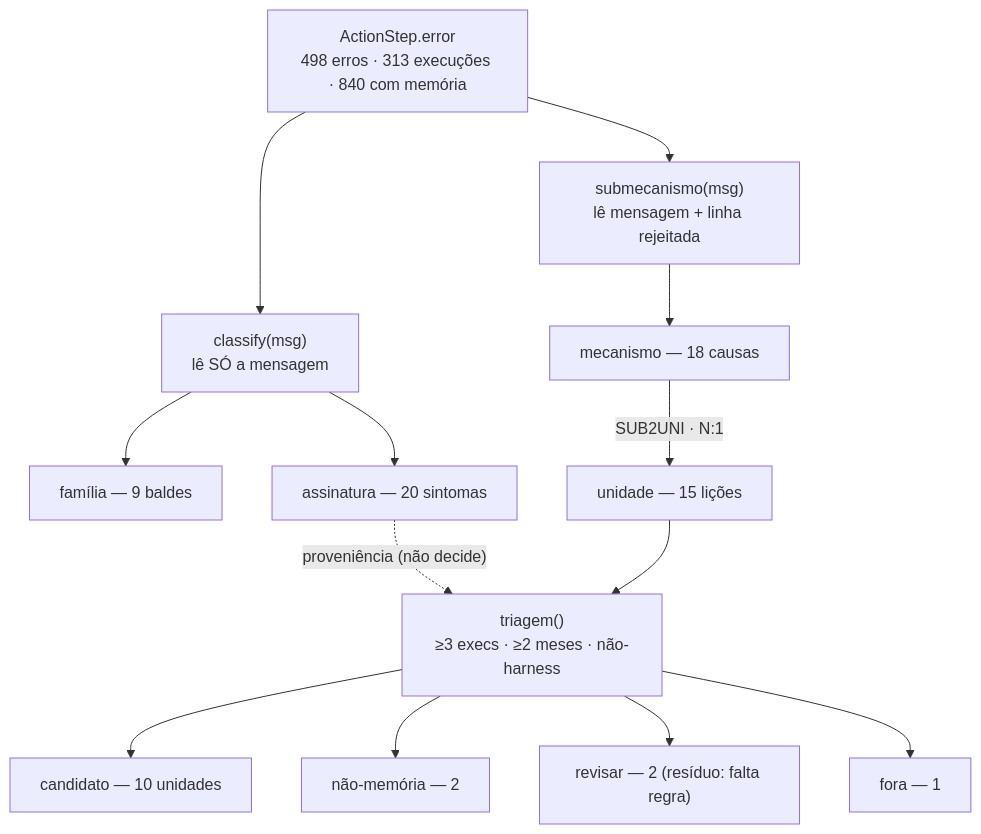
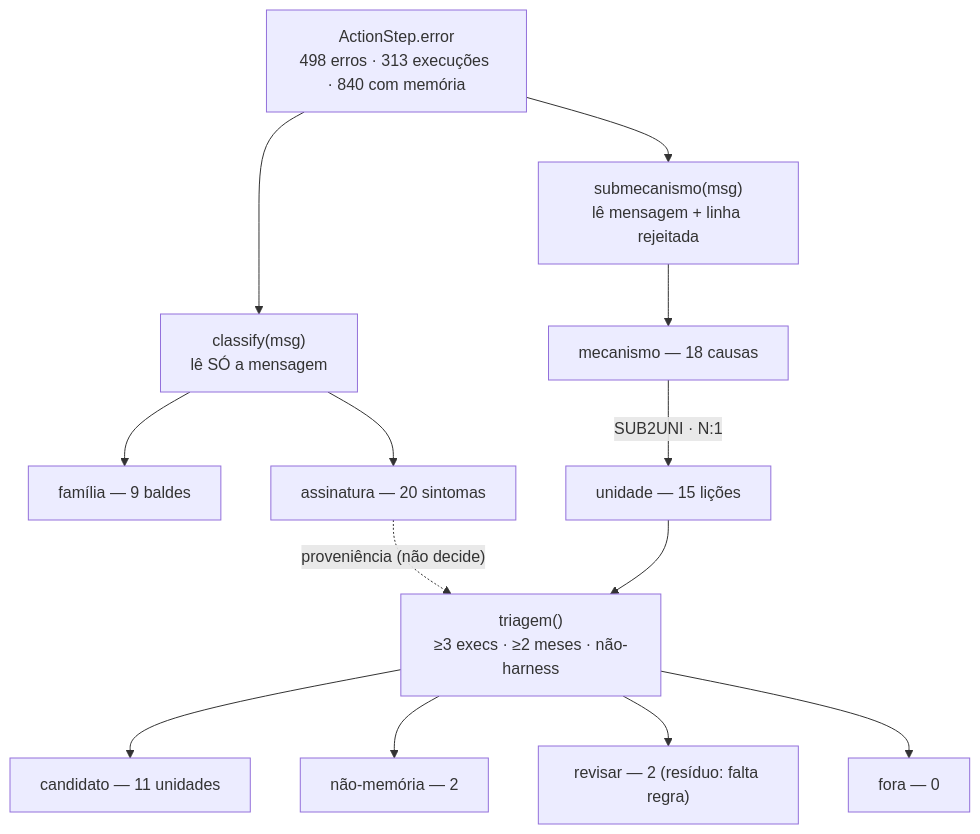
Before and after one commit to rc-ventura/memory_layer_ai_agents: the first of 2 diagrams in analysis/2026-09-trace-law-flow/docs/09-metodologia-erro-a-memoria.md, drawn with Mermaid. The commit also changed other lines of this file and 14 other files, not shown here.

````diff
--- a/analysis/2026-09-trace-law-flow/docs/09-metodologia-erro-a-memoria.md
+++ b/analysis/2026-09-trace-law-flow/docs/09-metodologia-erro-a-memoria.md
@@ -37,15 +37,15 @@
 ```mermaid
 flowchart TD
     E["ActionStep.error<br/>498 erros · 313 execuções · 840 com memória"] --> C["classify(msg)<br/>lê SÓ a mensagem"]
     E --> S["submecanismo(msg)<br/>lê mensagem + linha rejeitada"]
     C --> F["família — 9 baldes"]
     C --> A["assinatura — 20 sintomas"]
     S --> M["mecanismo — 18 causas"]
     M -->|"SUB2UNI · N:1"| U["unidade — 15 lições"]
     U --> T["triagem()<br/>≥3 execs · ≥2 meses · não-harness"]
-    T --> D1["candidato — 10 unidades"]
+    T --> D1["candidato — 11 unidades"]
     T --> D2["não-memória — 2"]
     T --> D4["revisar — 2 (resíduo: falta regra)"]
-    T --> D3["fora — 1"]
+    T --> D3["fora — 0"]
     A -.->|"proveniência (não decide)"| T
 ```
````
